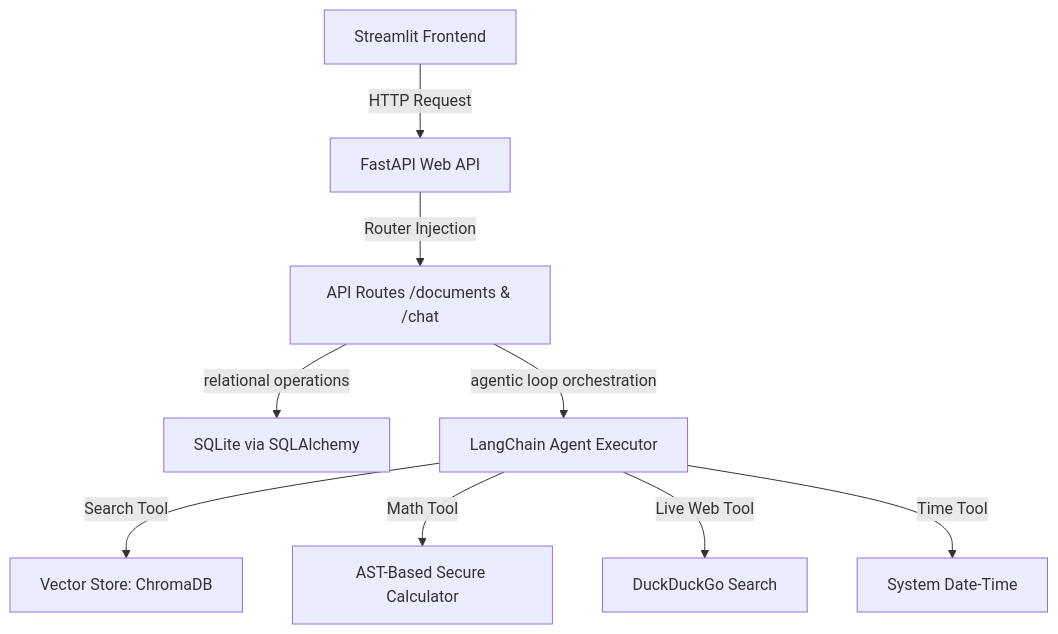
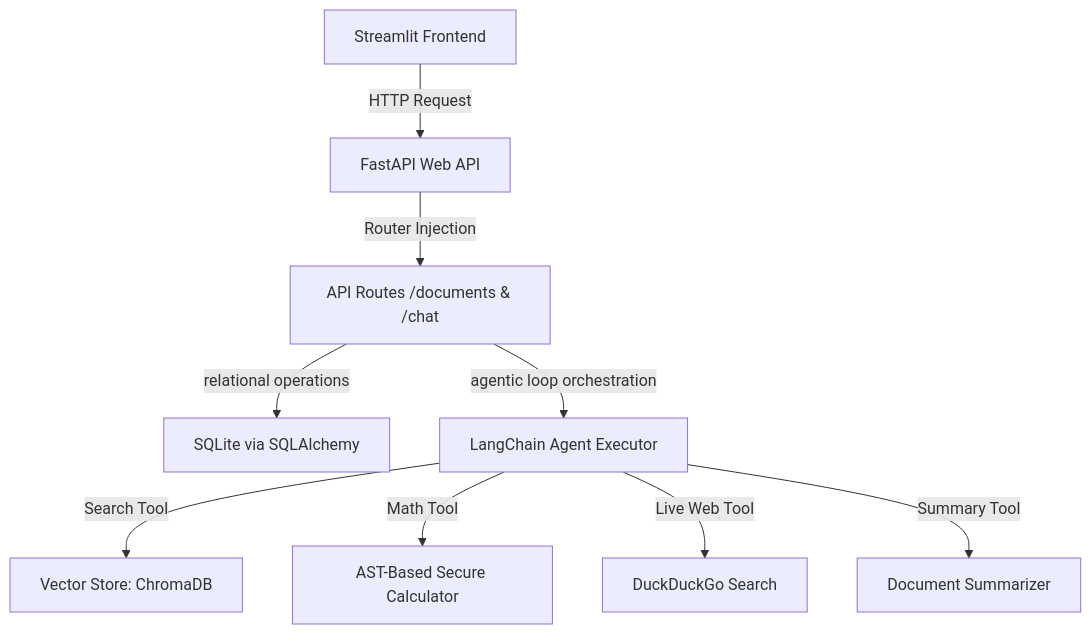
The diagram in README.md (safwanmshereef/Smart-Document-Assistant-RAG), drawn with Mermaid before and after one commit. The commit also changed other lines of this file and 4 other files, not shown here.

````diff
--- a/README.md
+++ b/README.md
@@ -11,11 +11,11 @@
 ```mermaid
 graph TD
     A[Streamlit Frontend] -->|HTTP Request| B[FastAPI Web API]
     B -->|Router Injection| C[API Routes /documents & /chat]
     C -->|relational operations| D[SQLite via SQLAlchemy]
     C -->|agentic loop orchestration| E[LangChain Agent Executor]
     E -->|Search Tool| F[Vector Store: ChromaDB]
     E -->|Math Tool| G[AST-Based Secure Calculator]
     E -->|Live Web Tool| H[DuckDuckGo Search]
-    E -->|Time Tool| I[System Date-Time]
+    E -->|Summary Tool| I[Document Summarizer]
 ```
````
